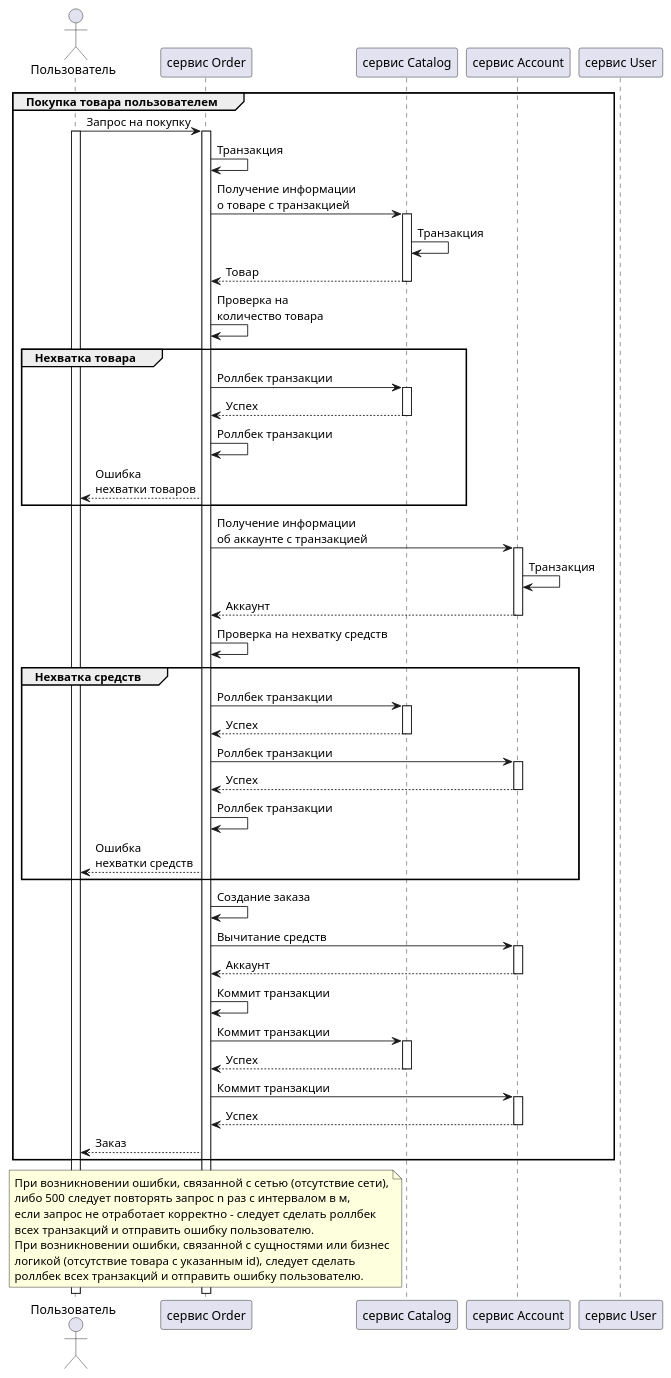
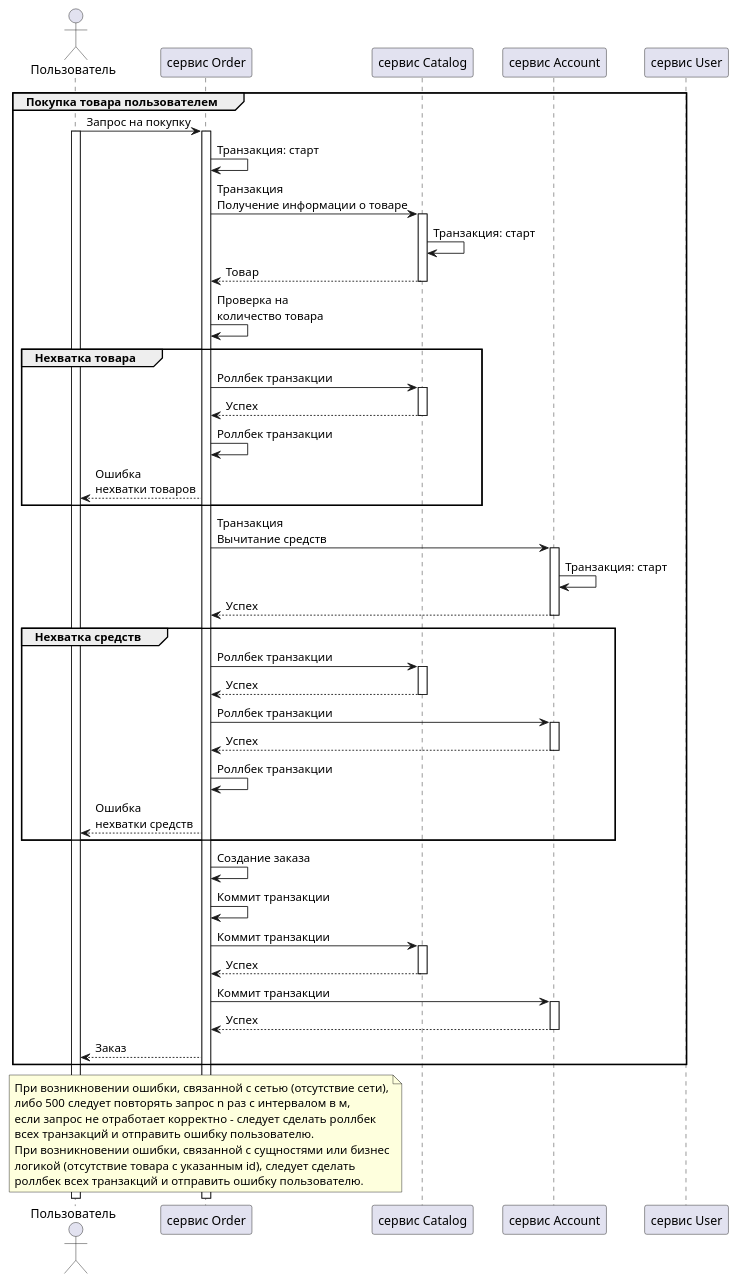
Before and after one commit to TBAPRUS/mconst.rpg.diagrams: the diagram in Покупка товара пользователем.puml, drawn with PlantUML.

Commit message:
Рефакторинг покупки товара пользователем, логика вычета средств перенесена на сторону сервиса аккаунта

```diff
--- a/Покупка товара пользователем.puml
+++ b/Покупка товара пользователем.puml
@@ -1,74 +1,69 @@
 @startuml
 'https://plantuml.com/sequence-diagram
 
 actor "Пользователь" as user
 participant "сервис Order" as orderService
 participant "сервис Catalog" as catalogService
 participant "сервис Account" as accountService
 participant "сервис User" as userService
 
 group Покупка товара пользователем
     user -> orderService: Запрос на покупку
     activate user
     activate orderService
-    orderService -> orderService: Транзакция
-    orderService -> catalogService: Получение информации\nо товаре с транзакцией
+    orderService -> orderService: Транзакция: старт
+    orderService -> catalogService: Транзакция\nПолучение информации о товаре
     activate catalogService
-    catalogService -> catalogService: Транзакция
+    catalogService -> catalogService: Транзакция: старт
     orderService <-- catalogService: Товар
     deactivate catalogService
     orderService -> orderService: Проверка на\nколичество товара
     group Нехватка товара
         orderService -> catalogService: Роллбек транзакции
         activate catalogService
         orderService <-- catalogService: Успех
         deactivate catalogService
         orderService -> orderService: Роллбек транзакции
         user <-- orderService: Ошибка\nнехватки товаров
     end group
-    orderService -> accountService: Получение информации\nоб аккаунте с транзакцией
+    orderService -> accountService: Транзакция\nВычитание средств
     activate accountService
-    accountService -> accountService: Транзакция
-    orderService <-- accountService: Аккаунт
+    accountService -> accountService: Транзакция: старт
+    orderService <-- accountService: Успех
     deactivate accountService
-    orderService -> orderService: Проверка на нехватку средств
     group Нехватка средств
         orderService -> catalogService: Роллбек транзакции
         activate catalogService
         orderService <-- catalogService: Успех
         deactivate catalogService
         orderService -> accountService: Роллбек транзакции
         activate accountService
         orderService <-- accountService: Успех
         deactivate accountService
         orderService -> orderService: Роллбек транзакции
         user <-- orderService: Ошибка\nнехватки средств
     end group
     orderService -> orderService: Создание заказа
-    orderService -> accountService: Вычитание средств
-    activate accountService
-    orderService <-- accountService: Аккаунт
-    deactivate accountService
     orderService -> orderService: Коммит транзакции
     orderService -> catalogService: Коммит транзакции
     activate catalogService
     orderService <-- catalogService: Успех
     deactivate catalogService
     orderService -> accountService: Коммит транзакции
     activate accountService
     orderService <-- accountService: Успех
     deactivate accountService
     user <-- orderService: Заказ
 end group
 
 note over orderService
 При возникновении ошибки, связанной с сетью (отсутствие сети),
 либо 500 следует повторять запрос n раз с интервалом в м,
 если запрос не отработает корректно - следует сделать роллбек
 всех транзакций и отправить ошибку пользователю.
 При возникновении ошибки, связанной с сущностями или бизнес
 логикой (отсутствие товара с указанным id), следует сделать
 роллбек всех транзакций и отправить ошибку пользователю.
 end note
 
 @enduml
```
